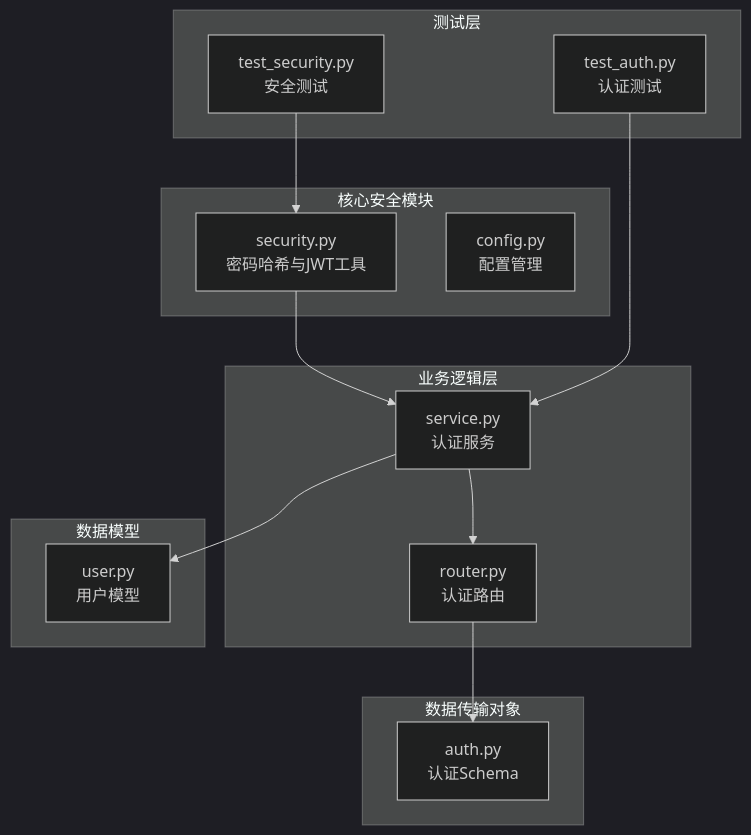
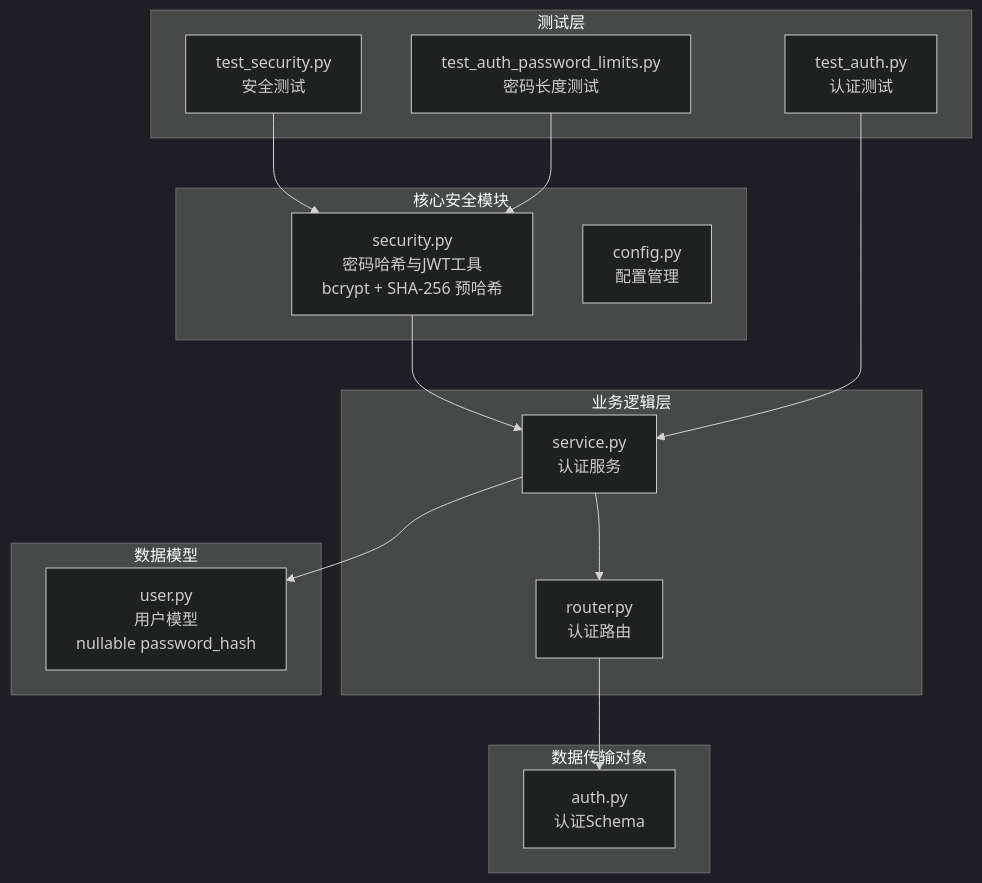
The first of 11 diagrams in .qoder/repowiki/zh/content/安全和认证/密码哈希与验证.md (selectzhangyuan/AI-photo-coach), drawn with Mermaid (dark theme) before and after one commit. The commit also changed other lines of this file and 28 other files, not shown here.

````diff
--- a/.qoder/repowiki/zh/content/安全和认证/密码哈希与验证.md
+++ b/.qoder/repowiki/zh/content/安全和认证/密码哈希与验证.md
@@ -44,27 +55,29 @@
 ```mermaid
 graph TB
 subgraph "核心安全模块"
-Security[security.py<br/>密码哈希与JWT工具]
+Security[security.py<br/>密码哈希与JWT工具<br/>bcrypt + SHA-256 预哈希]
 Config[config.py<br/>配置管理]
 end
 subgraph "业务逻辑层"
 Service[service.py<br/>认证服务]
 Router[router.py<br/>认证路由]
 end
 subgraph "数据模型"
-User[user.py<br/>用户模型]
+User[user.py<br/>用户模型<br/>nullable password_hash]
 end
 subgraph "数据传输对象"
 AuthSchema[auth.py<br/>认证Schema]
 end
 subgraph "测试层"
 SecurityTest[test_security.py<br/>安全测试]
 AuthTest[test_auth.py<br/>认证测试]
+PasswordLimitTest[test_auth_password_limits.py<br/>密码长度测试]
 end
 Security --> Service
 Service --> Router
 Service --> User
 Router --> AuthSchema
 SecurityTest --> Security
 AuthTest --> Service
+PasswordLimitTest --> Security
 ```
````
